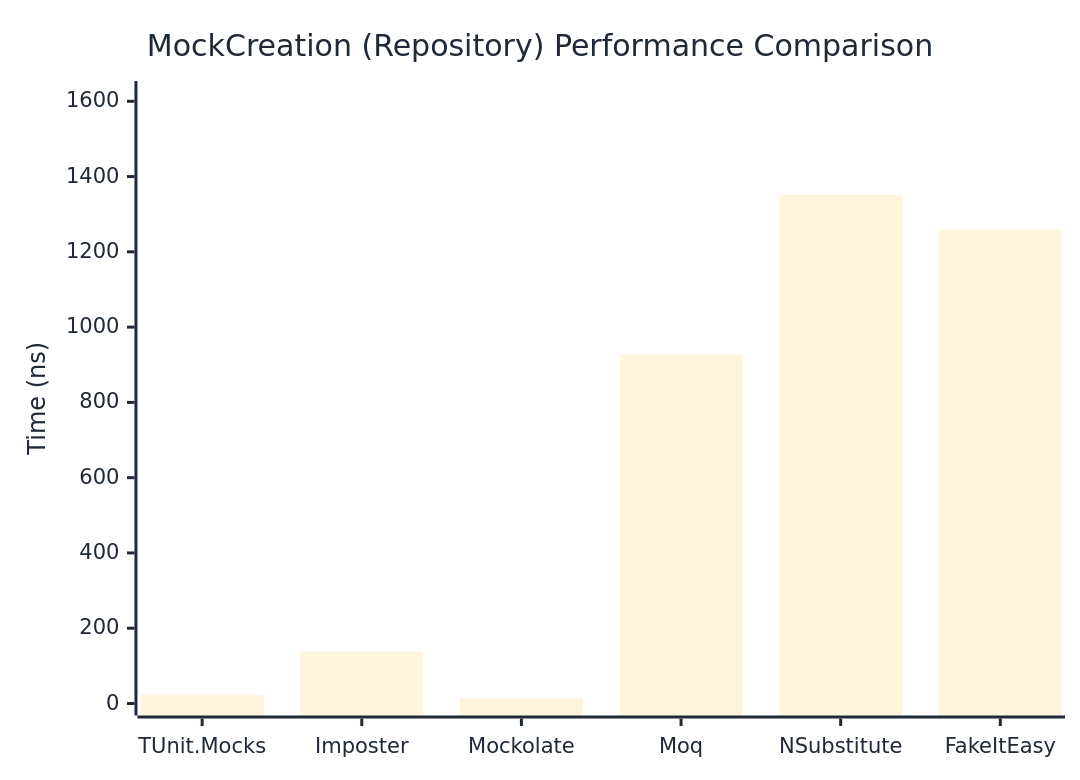
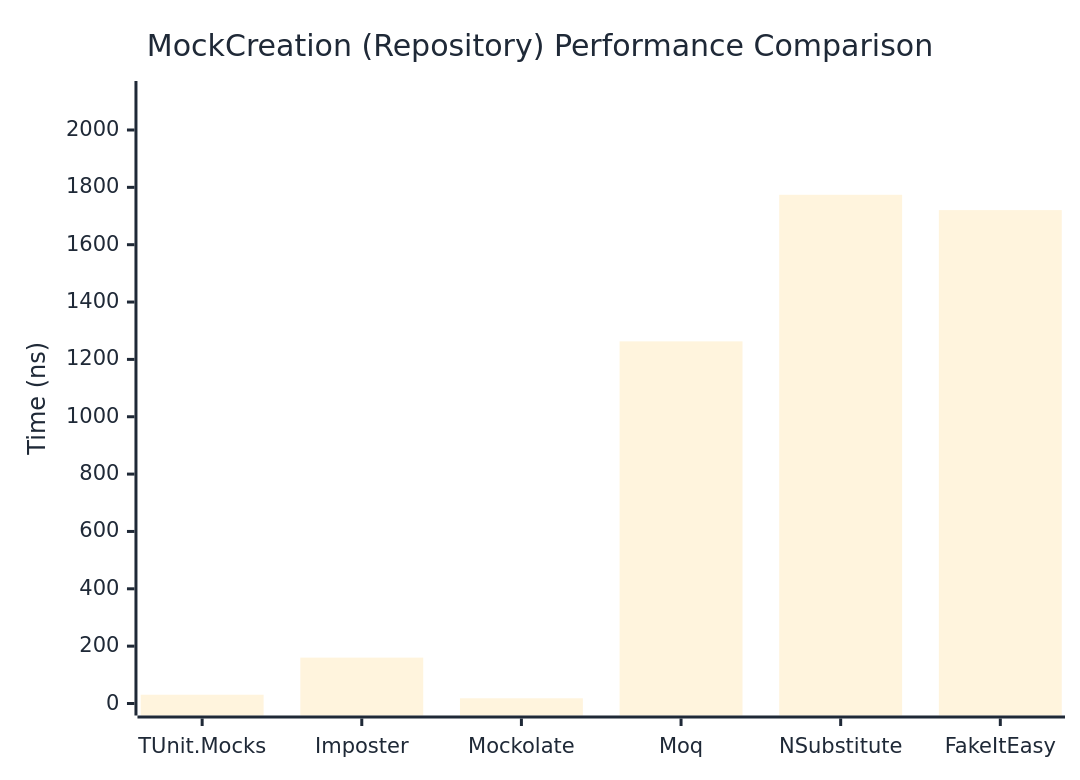
One commit to thomhurst/TUnit changed the second of 2 diagrams in docs/docs/benchmarks/mocks/MockCreation.md. Above: the diagram before and after it, drawn with Mermaid. The commit also changed other lines of this file and 14 other files, not shown here.

````diff
--- a/docs/docs/benchmarks/mocks/MockCreation.md
+++ b/docs/docs/benchmarks/mocks/MockCreation.md
@@ -71,27 +71,27 @@
 ```mermaid
 %%{init: {
   'theme':'base',
   'themeVariables': {
     'primaryColor': '#2563eb',
     'primaryTextColor': '#1f2937',
     'primaryBorderColor': '#1e40af',
     'lineColor': '#6b7280',
     'secondaryColor': '#7c3aed',
     'tertiaryColor': '#dc2626',
     'background': '#ffffff',
     'pie1': '#2563eb',
     'pie2': '#7c3aed',
     'pie3': '#dc2626',
     'pie4': '#f59e0b',
     'pie5': '#10b981',
     'pie6': '#06b6d4',
     'pie7': '#ec4899',
     'pie8': '#6366f1'
   }
 }}%%
 xychart-beta
   title "MockCreation (Repository) Performance Comparison"
   x-axis ["TUnit.Mocks", "Imposter", "Mockolate", "Moq", "NSubstitute", "FakeItEasy"]
-  y-axis "Time (ns)" 0 --> 1622
-  bar [23.09, 138.27, 14.05, 927.31, 1350.85, 1259.15]
+  y-axis "Time (ns)" 0 --> 2129
+  bar [30.61, 160.01, 18.18, 1262.87, 1774, 1720.61]
 ```
````
